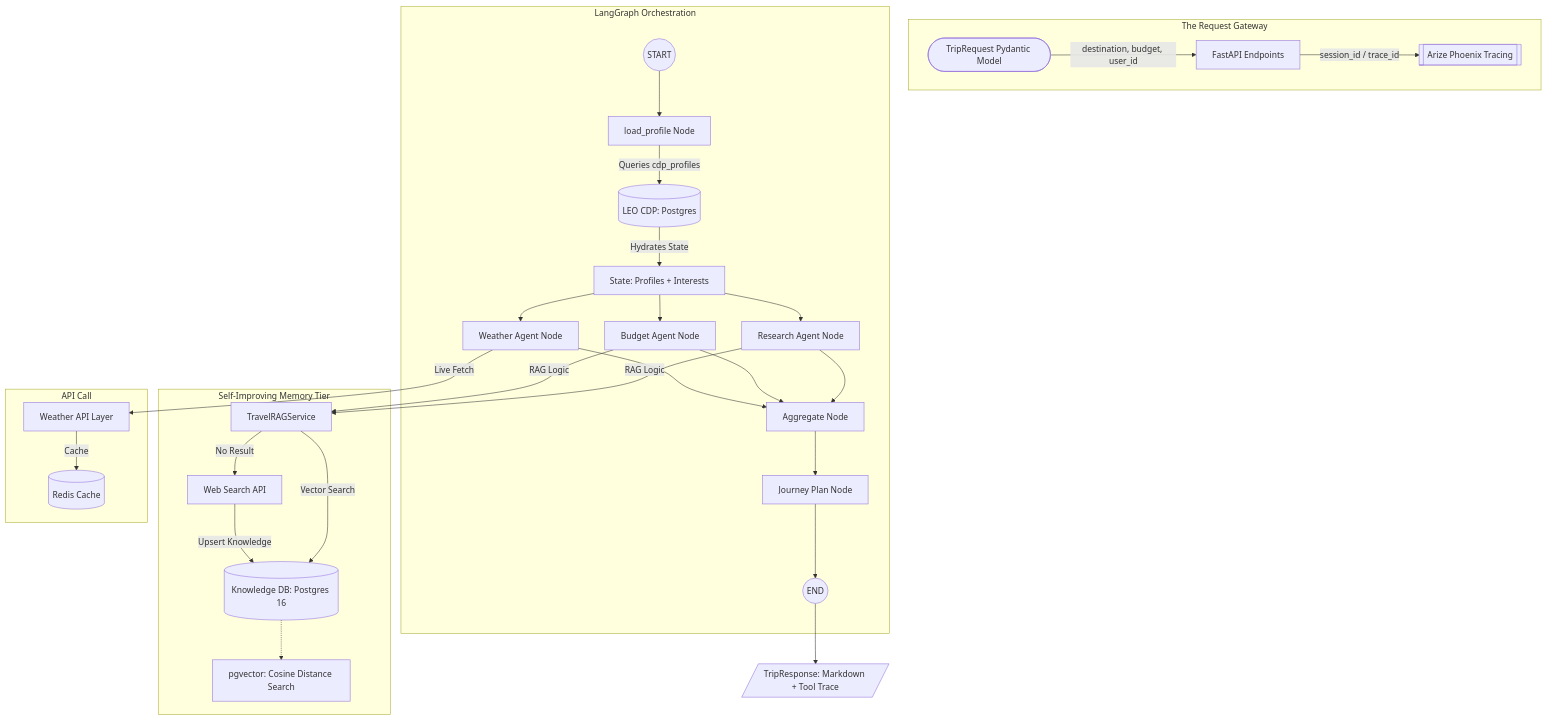
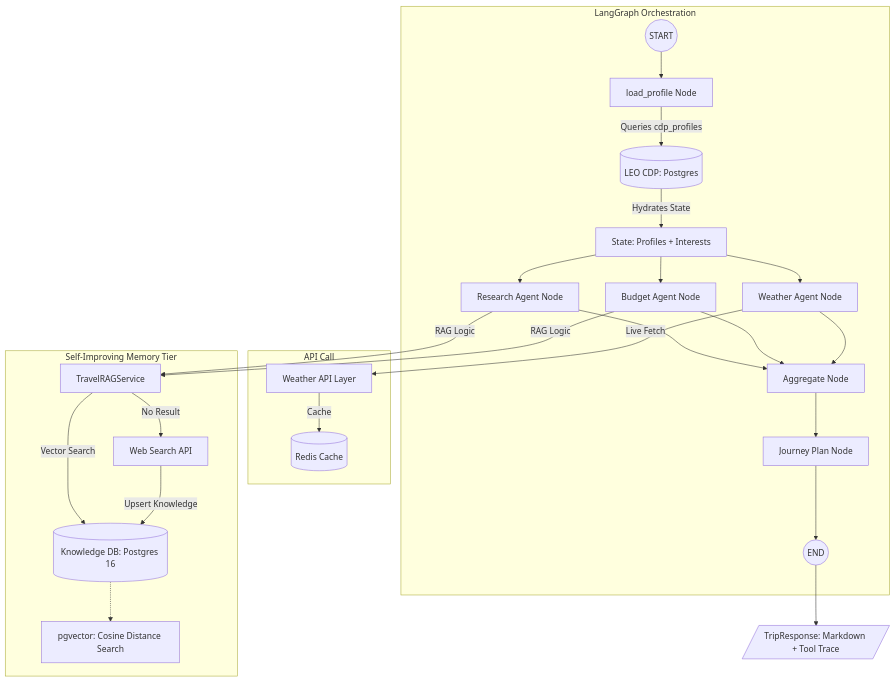
Before and after one commit to trieu/ai-trip-planner: the second of 2 diagrams in README.md, drawn with Mermaid. The commit also changed other lines of this file, not shown here.

Commit message:
update flow

````diff
--- a/README.md
+++ b/README.md
@@ -23,50 +31,47 @@
 ```mermaid
 graph TD
-    %% Entry Layer
-    subgraph Gateway [The Request Gateway]
-        Input([TripRequest Pydantic Model]) -- destination, budget, user_id --> API[FastAPI Endpoints]
-        API -- session_id / trace_id --> Trace[[Arize Phoenix Tracing]]
-    end
 
     %% Intelligence Layer
     subgraph Core_Brain [LangGraph Orchestration]
-        START((START)) --> LP[load_profile Node]
-        
-        %% Hydration Logic
-        LP -- Queries cdp_profiles --> CDP[(LEO CDP: Postgres)]
-        CDP -- Hydrates State --> HydratedState[State: Profiles + Interests]
+      START((START)) --> LP[load_profile Node]
 
-        %% Parallel Execution
-        HydratedState --> RA[Research Agent Node]
-        HydratedState --> BA[Budget Agent Node]
-        HydratedState --> WA[Weather Agent Node]
+      %% Hydration Logic
+      LP -- Queries cdp_profiles --> CDP[(LEO CDP: Postgres)]
+      CDP -- Hydrates State --> HydratedState[State: Profiles + Interests]
 
-        %% Synthesis
-        RA & BA & WA --> AGG[Aggregate Node]
-        AGG --> JP[Journey Plan Node]
-        JP --> END((END))
-    end
+      %% Parallel Execution
+      HydratedState --> RA[Research Agent Node]
+      HydratedState --> BA[Budget Agent Node]
+      HydratedState --> WA[Weather Agent Node]
 
-    %% Data Strategy Layer
-    subgraph Knowledge_Memory [Self-Improving Memory Tier]
-        %% Research & Budget Logic
-        RA & BA -- RAG Logic --> RAG_S[TravelRAGService]
-        
-        RAG_S -- Vector Search --> KDB[(Knowledge DB: Postgres 16)]
-        KDB -.-> PGV[pgvector: Cosine Distance Search]
-        
-        %% Fallback Logic
-        RAG_S -- No Result --> Web[Web Search API]
-        Web -- Upsert Knowledge --> KDB
+      %% Synthesis
+      RA & BA & WA --> AGG[Aggregate Node]
+      AGG --> JP[Journey Plan Node]
+      JP --> END((END))
     end
 
    %% Third-party Data Layer
-    subgraph Realtime_Data_Sources [API Call]
-        %% Real-time Logic
-        WA -- Live Fetch --> W_API[Weather API Layer]
-        W_API -- Cache --> Redis[(Redis Cache)]
-    end
+   subgraph Realtime_Data_Sources [API Call]
+      %% Real-time Logic
+      WA -- Live Fetch --> W_API[Weather API Layer]
+      W_API -- Cache --> Redis[(Redis Cache)]
+end
+
+   %% Data Strategy Layer
+   subgraph Knowledge_Memory [Self-Improving Memory Tier]
+      %% Research & Budget Logic
+      RA & BA -- RAG Logic --> RAG_S[TravelRAGService]
+
+      RAG_S -- Vector Search --> KDB[(Knowledge DB: Postgres 16)]
+      KDB -.-> PGV[pgvector: Cosine Distance Search]
+
+      %% Fallback Logic
+      RAG_S -- No Result --> Web[Web Search API]
+      Web -- Upsert Knowledge --> KDB
+   end
+
+    
 
     %% Output Layer
     END --> FinalOut[/TripResponse: Markdown + Tool Trace/]
 ```
````
